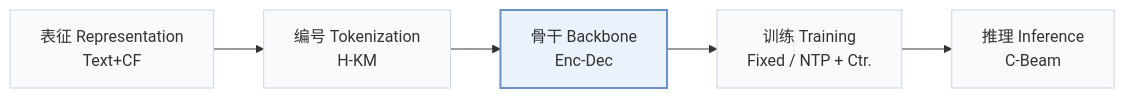
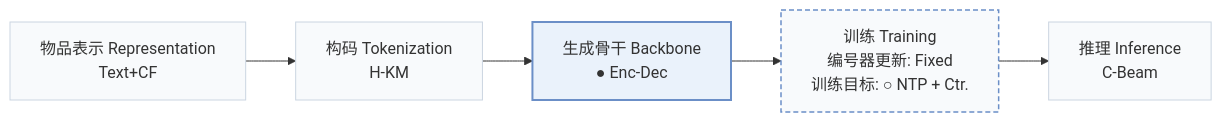
One commit to Galaxy-ghost/Awesome-SID-Generative-Rec changed the first of 3 diagrams in pages/zh/papers/colarec.md. Above: the diagram before and after it, drawn with Mermaid. The commit also changed other lines of this file and 558 other files, not shown here.

````diff
--- a/pages/zh/papers/colarec.md
+++ b/pages/zh/papers/colarec.md
@@ -15,8 +18,10 @@
 ```mermaid
 flowchart LR
-    R["表征 Representation<br/>Text+CF"] --> T["编号 Tokenization<br/>H-KM"] --> B["骨干 Backbone<br/>Enc-Dec"] --> TR["训练 Training<br/>Fixed / NTP + Ctr."] --> I["推理 Inference<br/>C-Beam"]
+    R["物品表示 Representation<br/>Text+CF"] --> T["构码 Tokenization<br/>H-KM"] --> B["生成骨干 Backbone<br/>● Enc-Dec"] --> TR["训练 Training<br/>编号器更新: Fixed<br/>训练目标: ○ NTP + Ctr."] --> I["推理 Inference<br/>C-Beam"]
     classDef base fill:#f8fafc,stroke:#cbd5e1
     class R,T,B,TR,I base
+    classDef other fill:#f8fafc,stroke:#6b8fc7,stroke-width:1.5px,stroke-dasharray:5 3
+    class TR other
     classDef main fill:#eaf2fb,stroke:#6b8fc7,stroke-width:2px
     class B main
 ```
````
